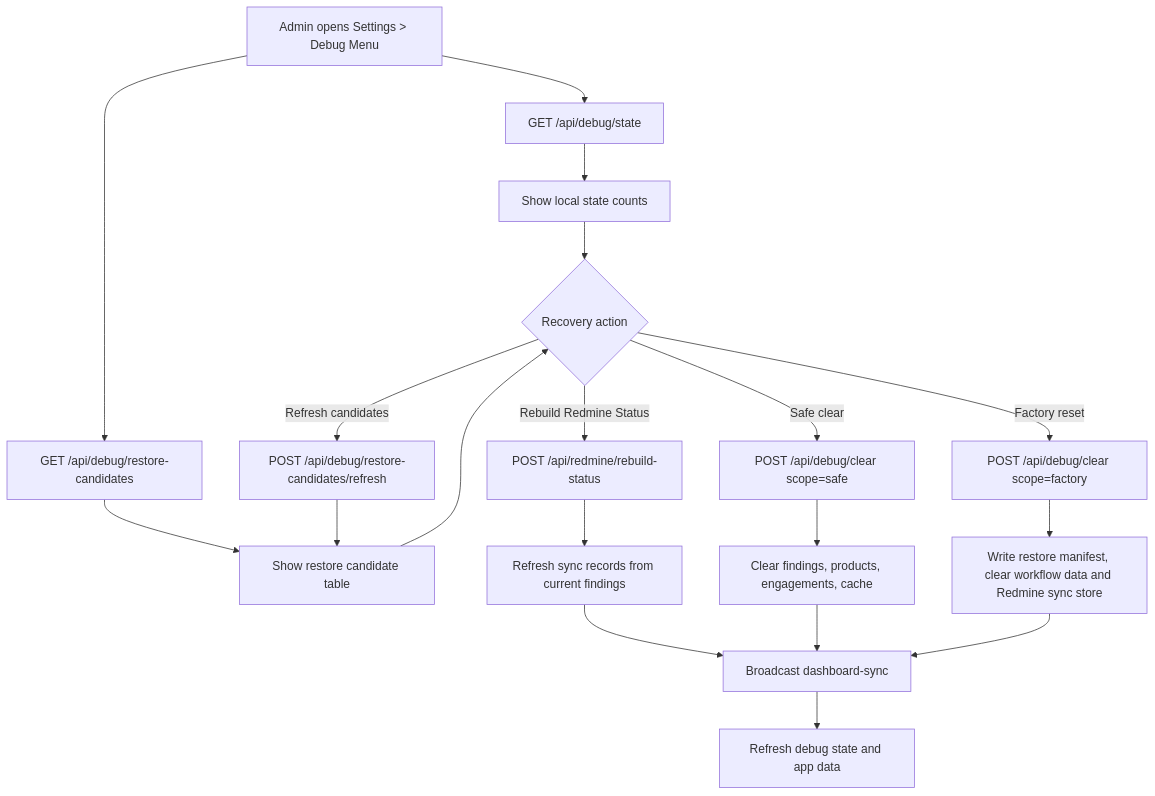
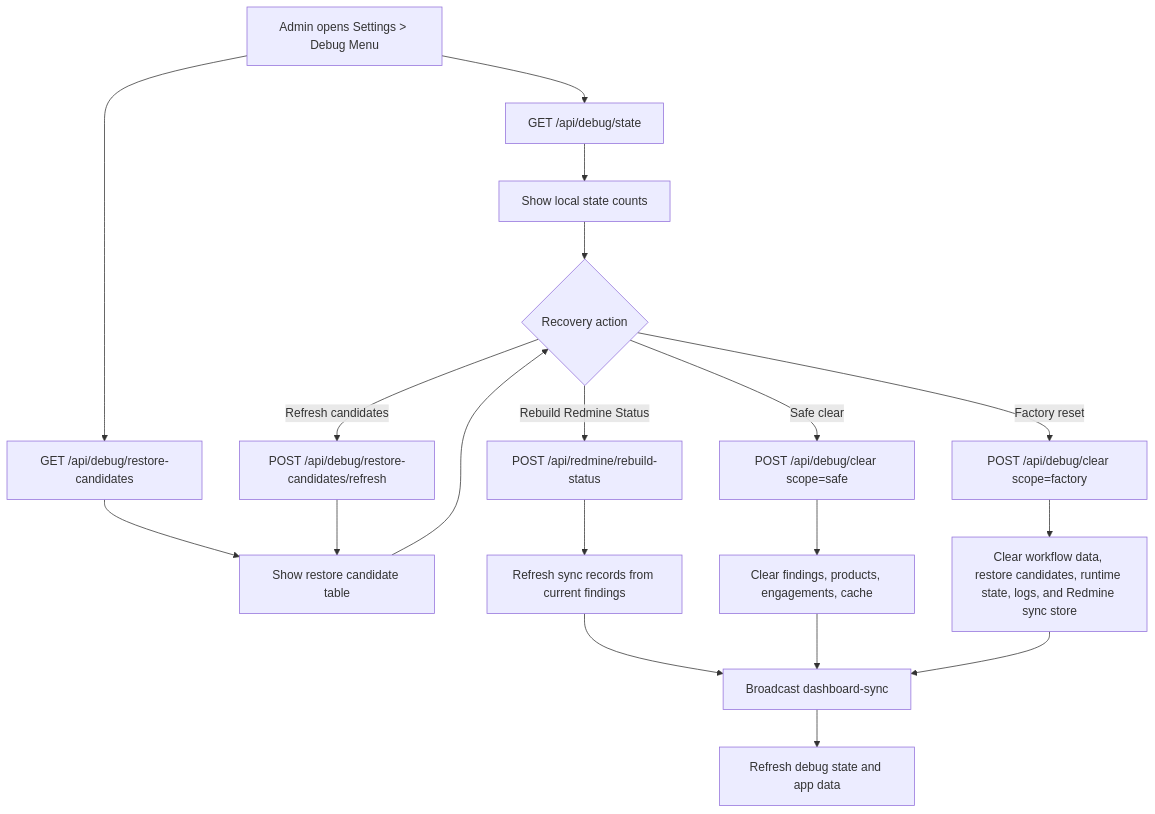
One commit to Ratthapoom681/Middleware-2.0 changed diagram 17 of 19 in vulnerability-service/docs/feature-workflows.md. Above: the diagram before and after it, drawn with Mermaid. The commit also changed other lines of this file and 50 other files, not shown here.

````diff
--- a/vulnerability-service/docs/feature-workflows.md
+++ b/vulnerability-service/docs/feature-workflows.md
@@ -432,21 +432,21 @@
 ```mermaid
 flowchart TD
   A["Admin opens Settings > Debug Menu"] --> B["GET /api/debug/state"]
   A --> C["GET /api/debug/restore-candidates"]
   B --> D["Show local state counts"]
   C --> E["Show restore candidate table"]
   D --> F{"Recovery action"}
   E --> F
   F -- "Refresh candidates" --> G["POST /api/debug/restore-candidates/refresh"]
   F -- "Rebuild Redmine Status" --> H["POST /api/redmine/rebuild-status"]
   F -- "Safe clear" --> I["POST /api/debug/clear scope=safe"]
   F -- "Factory reset" --> J["POST /api/debug/clear scope=factory"]
   G --> E
   H --> K["Refresh sync records from current findings"]
   I --> L["Clear findings, products, engagements, cache"]
-  J --> M["Write restore manifest, clear workflow data and Redmine sync store"]
+  J --> M["Clear workflow data, restore candidates, runtime state, logs, and Redmine sync store"]
   K --> N["Broadcast dashboard-sync"]
   L --> N
   M --> N
   N --> O["Refresh debug state and app data"]
 ```
````
